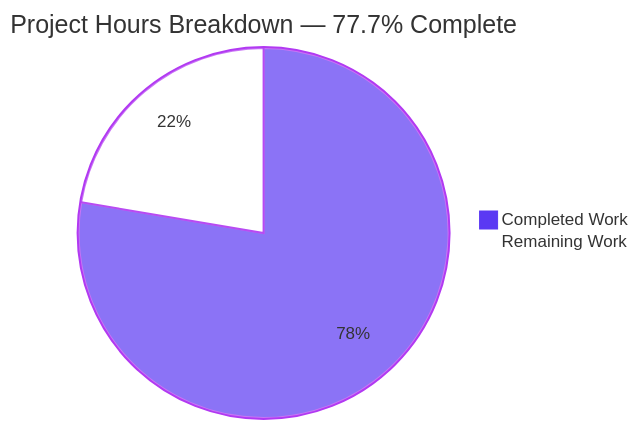
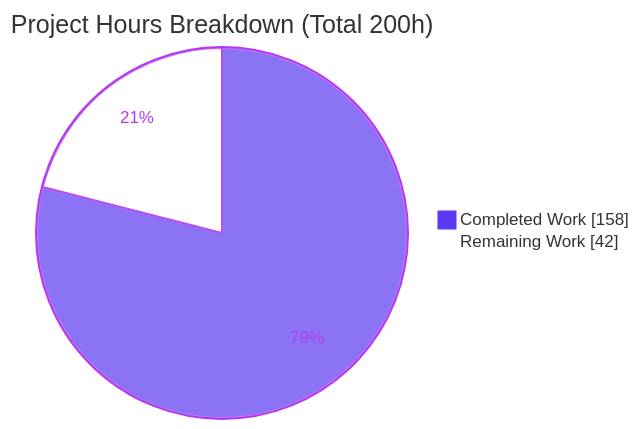
Before and after one commit to blitzy-public-samples/aws-carddemo-blitzy: the second of 3 diagrams in blitzy/documentation/Project Guide.md, drawn with Mermaid. The commit also changed other lines of this file, not shown here.

Commit message:
Adding Blitzy Project Guide: Project Status and Human Tasks Remaining

````diff
--- a/blitzy/documentation/Project Guide.md
+++ b/blitzy/documentation/Project Guide.md
@@ -236,6 +225,6 @@
 ```mermaid
-%%{init: {'theme':'base', 'themeVariables': {'pie1':'#5B39F3','pie2':'#FFFFFF','pieStrokeColor':'#B23AF2','pieStrokeWidth':'2px','pieOuterStrokeColor':'#B23AF2'}}}%%
-pie title Project Hours Breakdown — 77.7% Complete
-    "Completed Work" : 146
+%%{init: {'theme':'base','themeVariables':{'pie1':'#5B39F3','pie2':'#FFFFFF','pieStrokeColor':'#B23AF2','pieStrokeWidth':'2px','pieSectionTextColor':'#B23AF2','pieOuterStrokeColor':'#B23AF2'}}}%%
+pie showData title Project Hours Breakdown (Total 200h)
+    "Completed Work" : 158
     "Remaining Work" : 42
 ```
````
